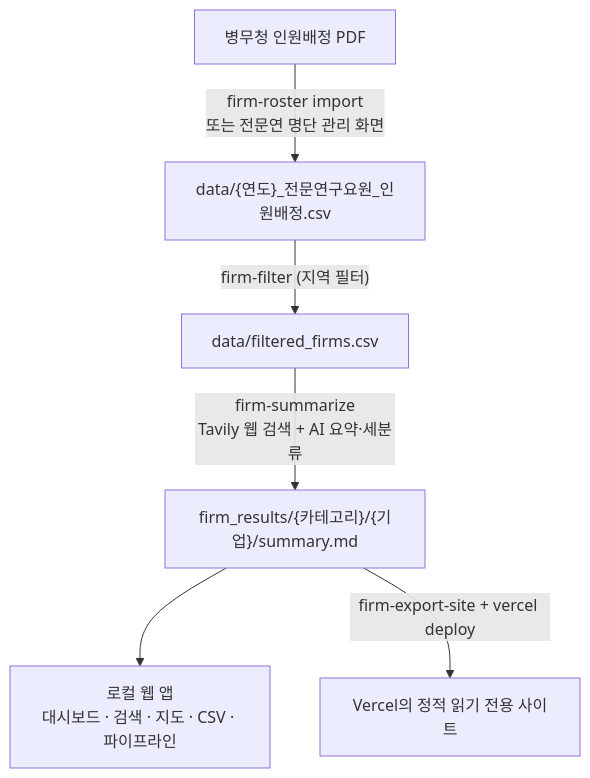
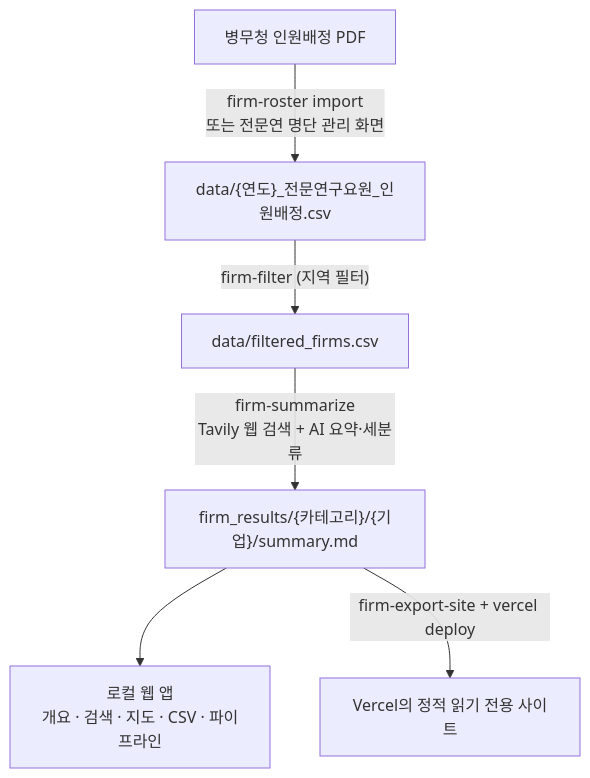
Before and after one commit to shin0105/firm-analyzer: the diagram in README.ko.md, drawn with Mermaid. The commit also changed other lines of this file and 28 other files, not shown here.

````diff
--- a/README.ko.md
+++ b/README.ko.md
@@ -83,8 +86,8 @@
 ```mermaid
 flowchart TD
     A["병무청 인원배정 PDF"] -->|"firm-roster import<br/>또는 전문연 명단 관리 화면"| B["data/{연도}_전문연구요원_인원배정.csv"]
     B -->|"firm-filter (지역 필터)"| C["data/filtered_firms.csv"]
     C -->|"firm-summarize<br/>Tavily 웹 검색 + AI 요약·세분류"| D["firm_results/{카테고리}/{기업}/summary.md"]
-    D --> E["로컬 웹 앱<br/>대시보드 · 검색 · 지도 · CSV · 파이프라인"]
+    D --> E["로컬 웹 앱<br/>개요 · 검색 · 지도 · CSV · 파이프라인"]
     D -->|"firm-export-site + vercel deploy"| F["Vercel의 정적 읽기 전용 사이트"]
 ```
````
